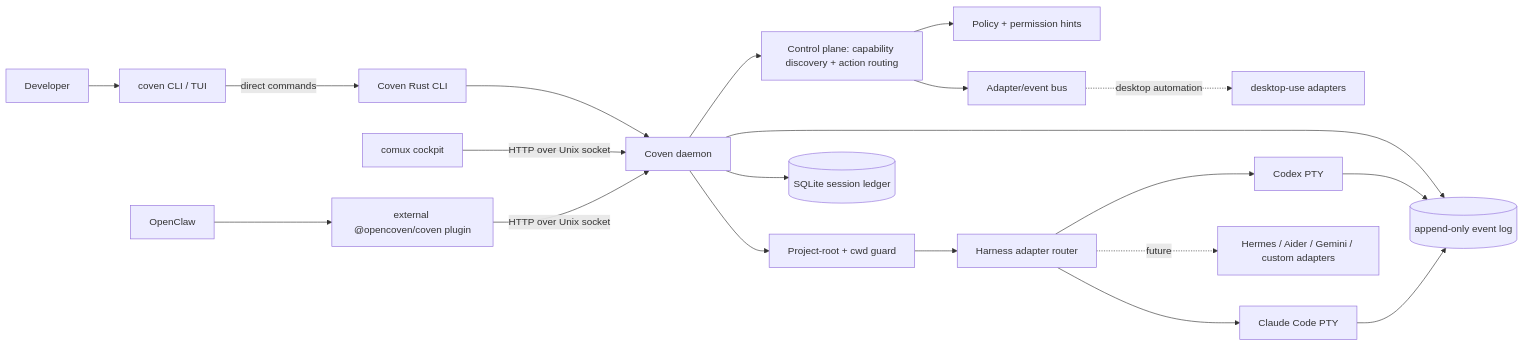
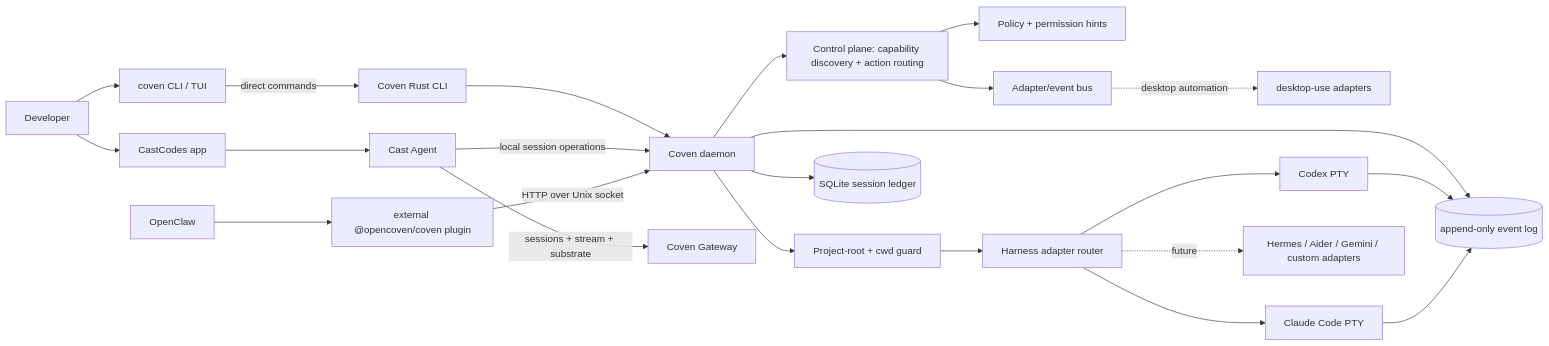
The first of 4 diagrams in content/docs/guide/architecture.mdx (OpenCoven/coven-docs), drawn with Mermaid before and after one commit. The commit also changed other lines of this file and 19 other files, not shown here.

Commit message:
docs: align docs around CastCodes architecture

````diff
--- a/content/docs/guide/architecture.mdx
+++ b/content/docs/guide/architecture.mdx
@@ -36,25 +39,28 @@
 ```mermaid
 flowchart LR
   User[Developer] --> CLI[coven CLI / TUI]
+  User --> CastCodes[CastCodes app]
   CLI -->|direct commands| Rust[Coven Rust CLI]
   Rust --> Daemon[Coven daemon]
 
-  Comux[comux cockpit] -->|HTTP over Unix socket| Daemon
+  CastCodes --> CastAgent[Cast Agent]
+  CastAgent -->|sessions + stream + substrate| Gateway[Coven Gateway]
+  CastAgent -->|local session operations| Daemon
   OpenClaw[OpenClaw] --> Plugin[external @opencoven/coven plugin]
   Plugin -->|HTTP over Unix socket| Daemon
   Daemon --> Control[Control plane: capability discovery + action routing]
   Control --> Policy[Policy + permission hints]
   Control --> AdapterBus[Adapter/event bus]
   AdapterBus -. desktop automation .-> DesktopUse[desktop-use adapters]
 
   Daemon --> Boundary[Project-root + cwd guard]
   Boundary --> Adapter[Harness adapter router]
   Adapter --> Codex[Codex PTY]
   Adapter --> Claude[Claude Code PTY]
   Adapter -. future .-> Future[Hermes / Aider / Gemini / custom adapters]
 
   Daemon --> Store[(SQLite session ledger)]
   Daemon --> Events[(append-only event log)]
   Codex --> Events
   Claude --> Events
 ```
````
